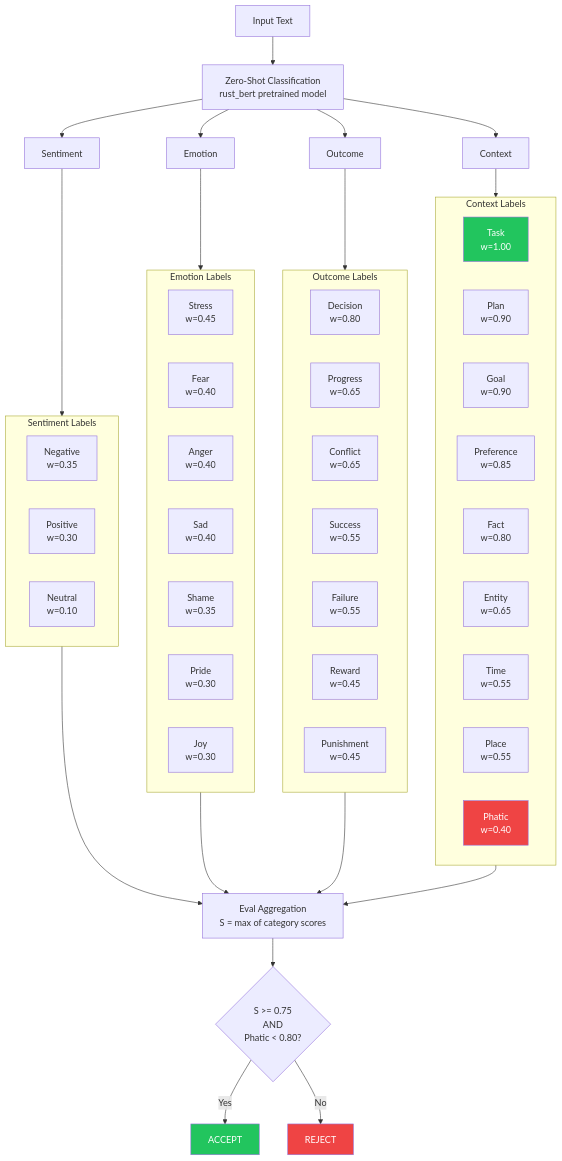
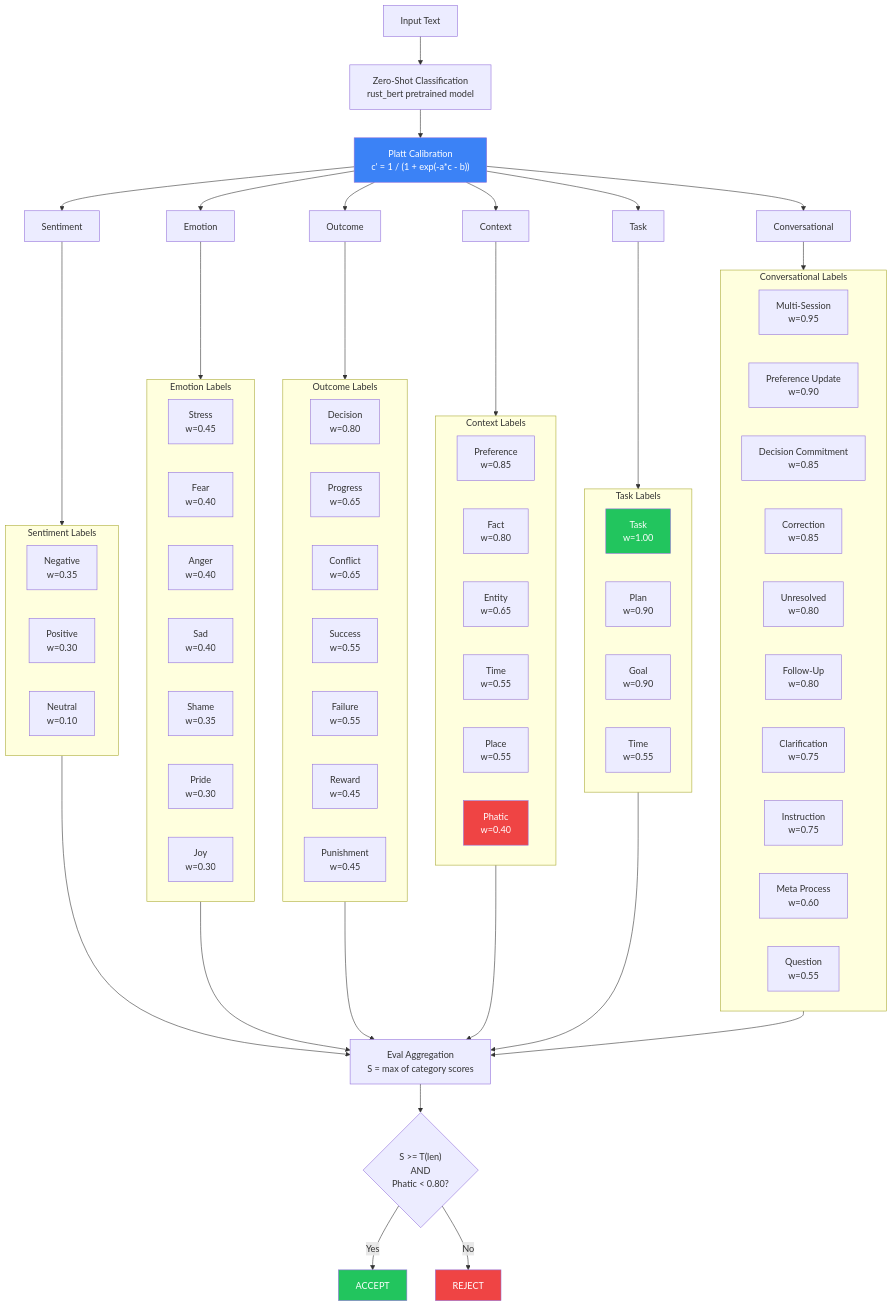
One commit to aacebo/loom changed the first of 9 diagrams in docs/loom/scoring-algorithm.md. Above: the diagram before and after it, drawn with Mermaid. The commit also changed other lines of this file, not shown here.

Commit message:
platt docs

````diff
--- a/docs/loom/scoring-algorithm.md
+++ b/docs/loom/scoring-algorithm.md
@@ -43,10 +47,14 @@
 flowchart TD
     A[Input Text] --> B[Zero-Shot Classification<br/>rust_bert pretrained model]
 
-    B --> C[Sentiment]
-    B --> D[Emotion]
-    B --> E[Outcome]
-    B --> F[Context]
+    B --> CAL["Platt Calibration<br/>c' = 1 / (1 + exp(-a*c - b))"]
+
+    CAL --> C[Sentiment]
+    CAL --> D[Emotion]
+    CAL --> E[Outcome]
+    CAL --> F[Context]
+    CAL --> T[Task]
+    CAL --> V[Conversational]
 
     subgraph SentimentLabels [Sentiment Labels]
         C1[Negative<br/>w=0.35]
@@ -75,34 +83,56 @@
     end
 
     subgraph ContextLabels [Context Labels]
-        F1[Task<br/>w=1.00]
-        F2[Plan<br/>w=0.90]
-        F3[Goal<br/>w=0.90]
-        F4[Preference<br/>w=0.85]
-        F5[Fact<br/>w=0.80]
-        F6[Entity<br/>w=0.65]
-        F7[Time<br/>w=0.55]
-        F8[Place<br/>w=0.55]
-        F9[Phatic<br/>w=0.40]
+        F1[Preference<br/>w=0.85]
+        F2[Fact<br/>w=0.80]
+        F3[Entity<br/>w=0.65]
+        F4[Time<br/>w=0.55]
+        F5[Place<br/>w=0.55]
+        F6[Phatic<br/>w=0.40]
+    end
+
+    subgraph TaskLabels [Task Labels]
+        T1[Task<br/>w=1.00]
+        T2[Plan<br/>w=0.90]
+        T3[Goal<br/>w=0.90]
+        T4[Time<br/>w=0.55]
+    end
+
+    subgraph ConversationalLabels [Conversational Labels]
+        V1[Multi-Session<br/>w=0.95]
+        V2[Preference Update<br/>w=0.90]
+        V3[Decision Commitment<br/>w=0.85]
+        V4[Correction<br/>w=0.85]
+        V5[Unresolved<br/>w=0.80]
+        V6[Follow-Up<br/>w=0.80]
+        V7[Clarification<br/>w=0.75]
+        V8[Instruction<br/>w=0.75]
+        V9[Meta Process<br/>w=0.60]
+        V10[Question<br/>w=0.55]
     end
 
     C --> SentimentLabels
     D --> EmotionLabels
     E --> OutcomeLabels
     F --> ContextLabels
+    T --> TaskLabels
+    V --> ConversationalLabels
 
     SentimentLabels --> G[Eval Aggregation<br/>S = max of category scores]
     EmotionLabels --> G
     OutcomeLabels --> G
     ContextLabels --> G
+    TaskLabels --> G
+    ConversationalLabels --> G
 
-    G --> H{S >= 0.75<br/>AND<br/>Phatic < 0.80?}
+    G --> H{"S >= T(len)<br/>AND<br/>Phatic < 0.80?"}
 
     H -->|Yes| I[ACCEPT]
     H -->|No| J[REJECT]
 
+    style CAL fill:#3b82f6,color:#fff
     style I fill:#22c55e,color:#fff
     style J fill:#ef4444,color:#fff
-    style F1 fill:#22c55e,color:#fff
-    style F9 fill:#ef4444,color:#fff
+    style T1 fill:#22c55e,color:#fff
+    style F6 fill:#ef4444,color:#fff
 ```
````
